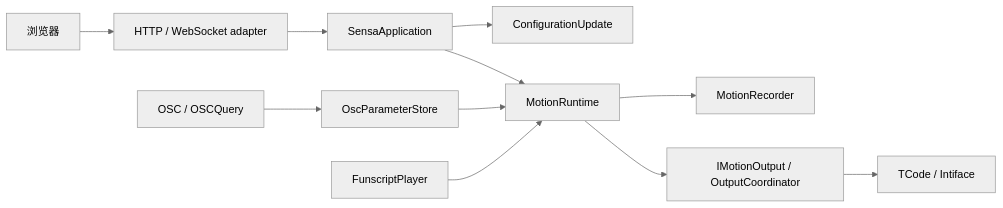
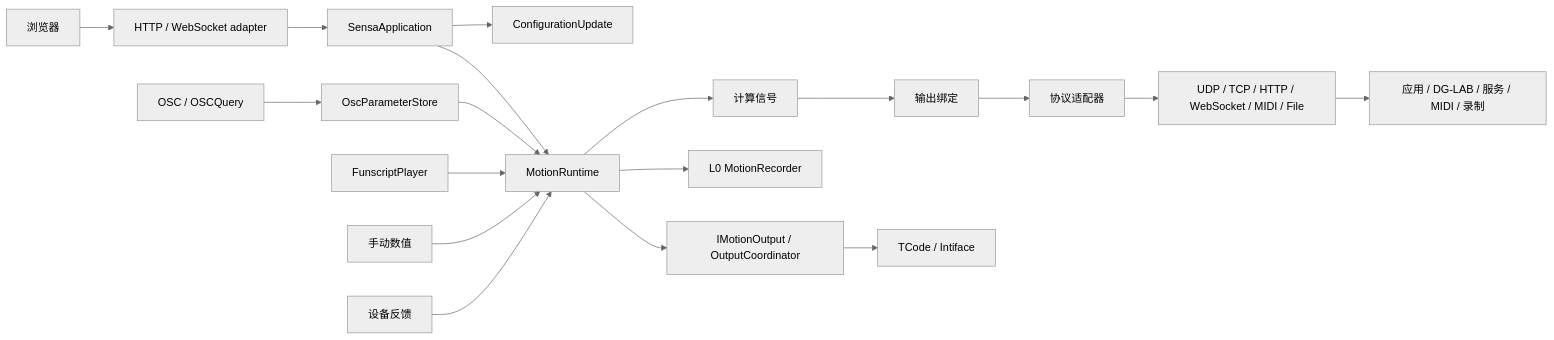
Before and after one commit to SeaLoong/Sensa: the diagram in docs/architecture.md, drawn with Mermaid (neutral theme). The commit also changed other lines of this file and 97 other files, not shown here.

Commit message:
Add configurable signal pipelines, protocol outputs and shared WebUI sessions

````diff
--- a/docs/architecture.md
+++ b/docs/architecture.md
@@ -9,13 +9,20 @@
 ```mermaid
 flowchart LR
   Browser[浏览器] --> HTTP[HTTP / WebSocket adapter]
   HTTP --> App[SensaApplication]
   App --> Config[ConfigurationUpdate]
   App --> Runtime[MotionRuntime]
   OSC[OSC / OSCQuery] --> Store[OscParameterStore]
   Store --> Runtime
   Script[FunscriptPlayer] --> Runtime
-  Runtime --> Record[MotionRecorder]
+  Manual[手动数值] --> Runtime
+  Feedback[设备反馈] --> Runtime
+  Runtime --> Compute[计算信号]
+  Compute --> Bindings[输出绑定]
+  Bindings --> Protocol[协议适配器]
+  Protocol --> Transport[UDP / TCP / HTTP / WebSocket / MIDI / File]
+  Transport --> Destinations[应用 / DG-LAB / 服务 / MIDI / 录制]
+  Runtime --> Record[L0 MotionRecorder]
   Runtime --> Output[IMotionOutput / OutputCoordinator]
   Output --> Devices[TCode / Intiface]
 ```
````
